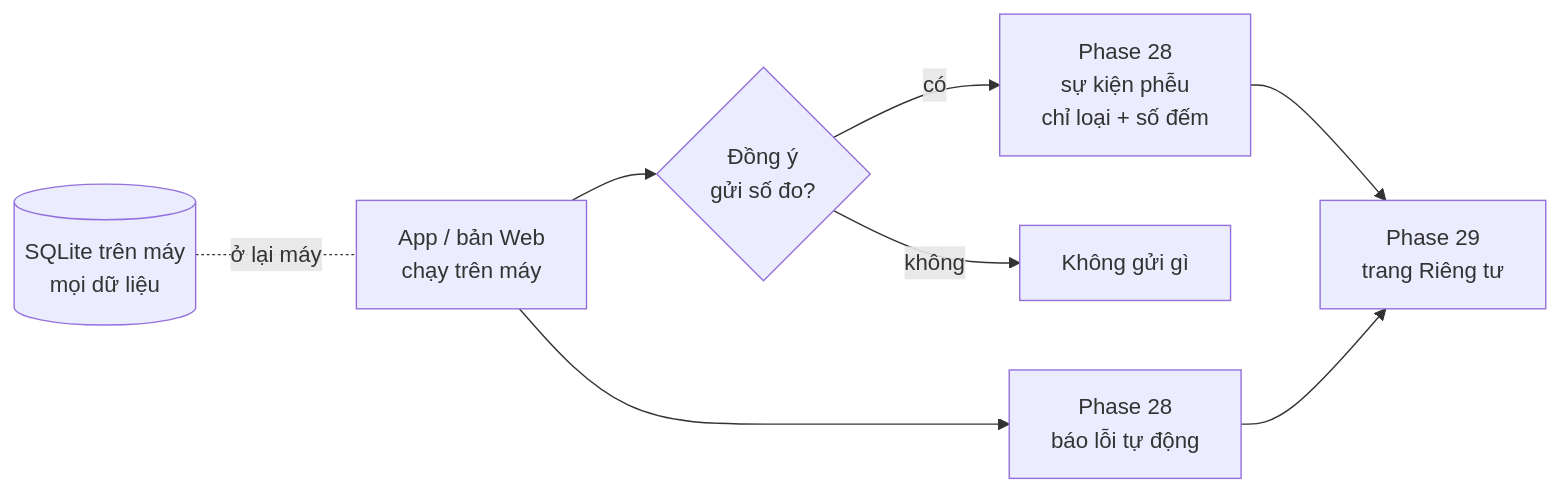
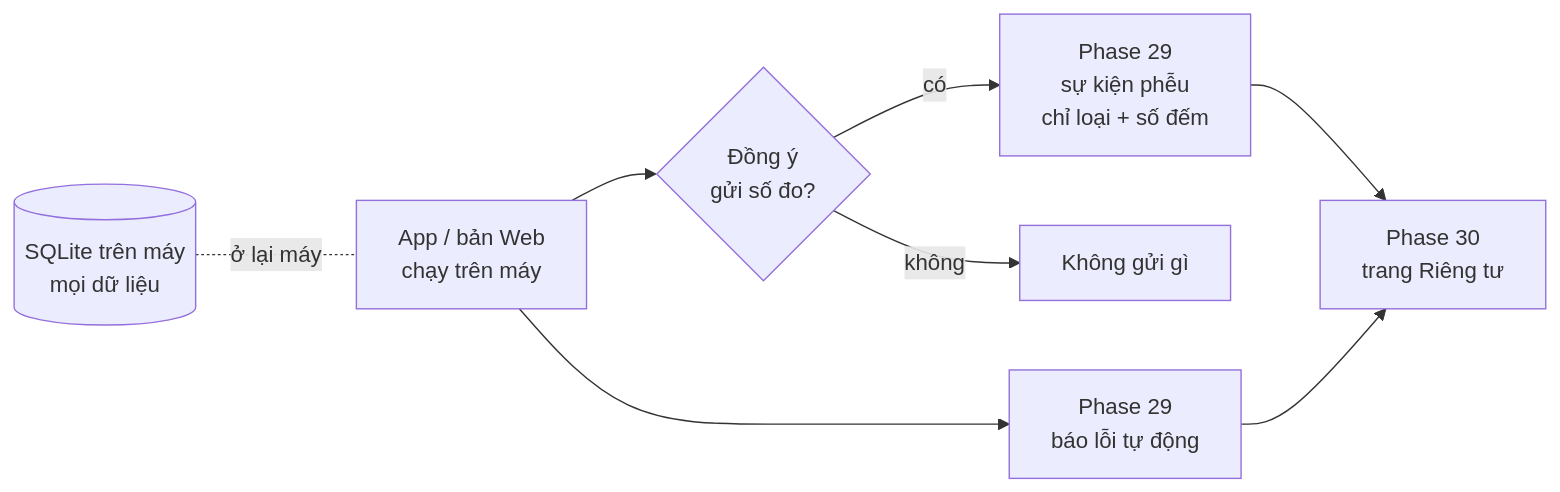
One commit to nvminhtu/niche-radar-docs changed the diagram in docs/web/version-9.md. Above: the diagram before and after it, drawn with Mermaid. The commit also changed other lines of this file and 384 other files, not shown here.

Commit message:
sync: chèn Phase 19 Ai là khách hàng, số 19–62 → 20–63, link cũ tự chuyển trang

````diff
--- a/docs/web/version-9.md
+++ b/docs/web/version-9.md
@@ -23,9 +23,9 @@
 ```mermaid
 flowchart LR
   APP[App / bản Web<br/>chạy trên máy] --> C{Đồng ý<br/>gửi số đo?}
-  C -- có --> AN[Phase 28<br/>sự kiện phễu<br/>chỉ loại + số đếm]
+  C -- có --> AN[Phase 29<br/>sự kiện phễu<br/>chỉ loại + số đếm]
   C -- không --> N[Không gửi gì]
-  APP --> ER[Phase 28<br/>báo lỗi tự động]
-  AN & ER --> PV[Phase 29<br/>trang Riêng tư]
+  APP --> ER[Phase 29<br/>báo lỗi tự động]
+  AN & ER --> PV[Phase 30<br/>trang Riêng tư]
   LOCAL[(SQLite trên máy<br/>mọi dữ liệu)] -.ở lại máy.- APP
 ```
````
